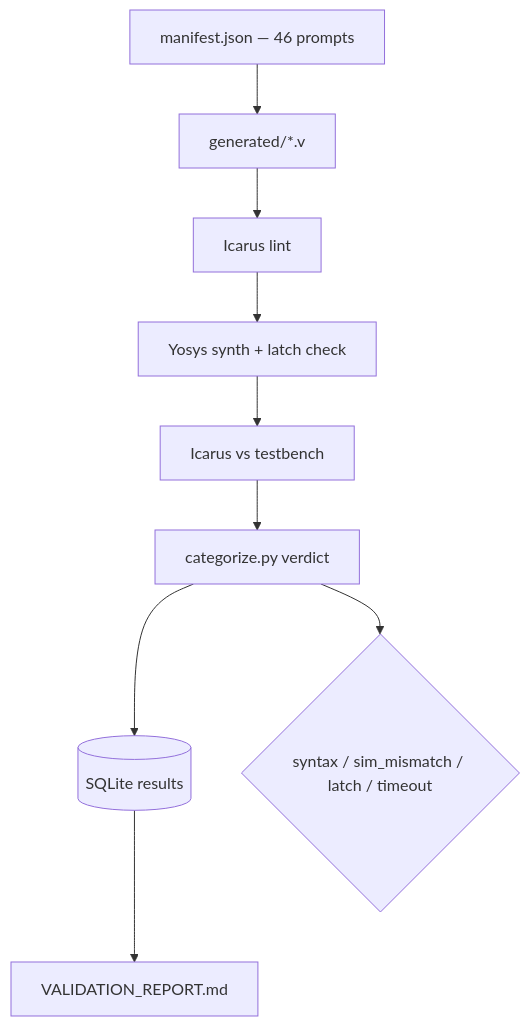
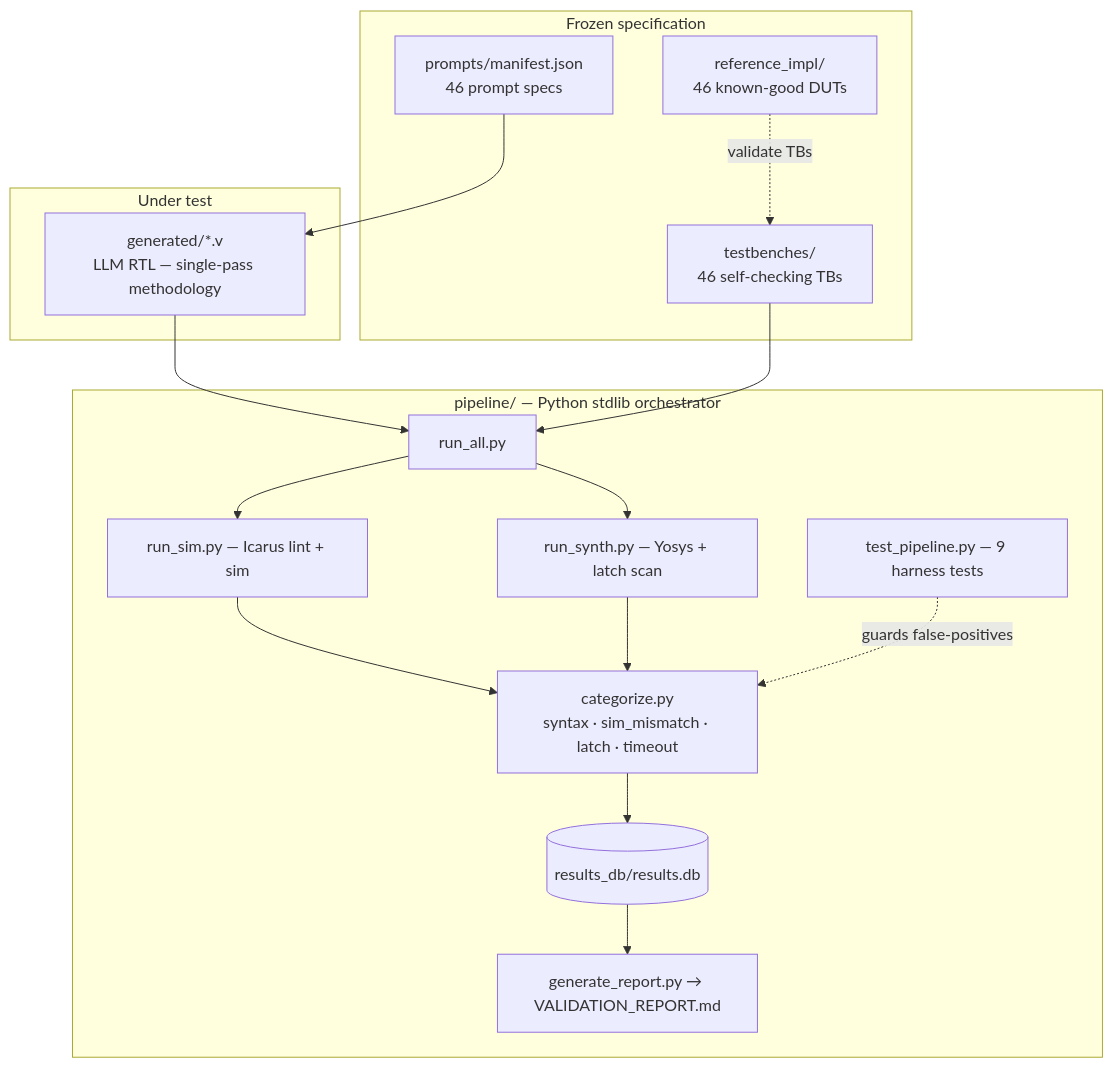
One commit to ArchanaChetan07/-LLM-HDL-Bench-Verilog-RTL-Validation-Framework changed the fourth of 7 diagrams in README.md. Above: the diagram before and after it, drawn with Mermaid. The commit also changed other lines of this file, not shown here.

Commit message:
docs: professional FAANG-ready README with diagrams and verified results

````diff
--- a/README.md
+++ b/README.md
@@ -41,11 +93,33 @@
 ```mermaid
 flowchart TB
-  MAN[manifest.json — 46 prompts] --> RTL[generated/*.v]
-  RTL --> LINT[Icarus lint]
-  LINT --> SYN[Yosys synth + latch check]
-  SYN --> SIM[Icarus vs testbench]
-  SIM --> CAT[categorize.py verdict]
-  CAT --> DB[(SQLite results)]
-  DB --> RPT[VALIDATION_REPORT.md]
-  CAT --> FAIL{syntax / sim_mismatch / latch / timeout}
+  subgraph Spec["Frozen specification"]
+    M[prompts/manifest.json<br/>46 prompt specs]
+    R[reference_impl/<br/>46 known-good DUTs]
+    T[testbenches/<br/>46 self-checking TBs]
+  end
+
+  subgraph DUT["Under test"]
+    G[generated/*.v<br/>LLM RTL — single-pass methodology]
+  end
+
+  subgraph Pipeline["pipeline/ — Python stdlib orchestrator"]
+    RA[run_all.py]
+    LS[run_sim.py — Icarus lint + sim]
+    YS[run_synth.py — Yosys + latch scan]
+    CAT[categorize.py<br/>syntax · sim_mismatch · latch · timeout]
+    DB[(results_db/results.db)]
+    REP[generate_report.py → VALIDATION_REPORT.md]
+    UT[test_pipeline.py — 9 harness tests]
+  end
+
+  M --> G
+  R -.->|validate TBs| T
+  G --> RA
+  T --> RA
+  RA --> LS
+  RA --> YS
+  LS --> CAT
+  YS --> CAT
+  CAT --> DB --> REP
+  UT -.->|guards false-positives| CAT
 ```
````
